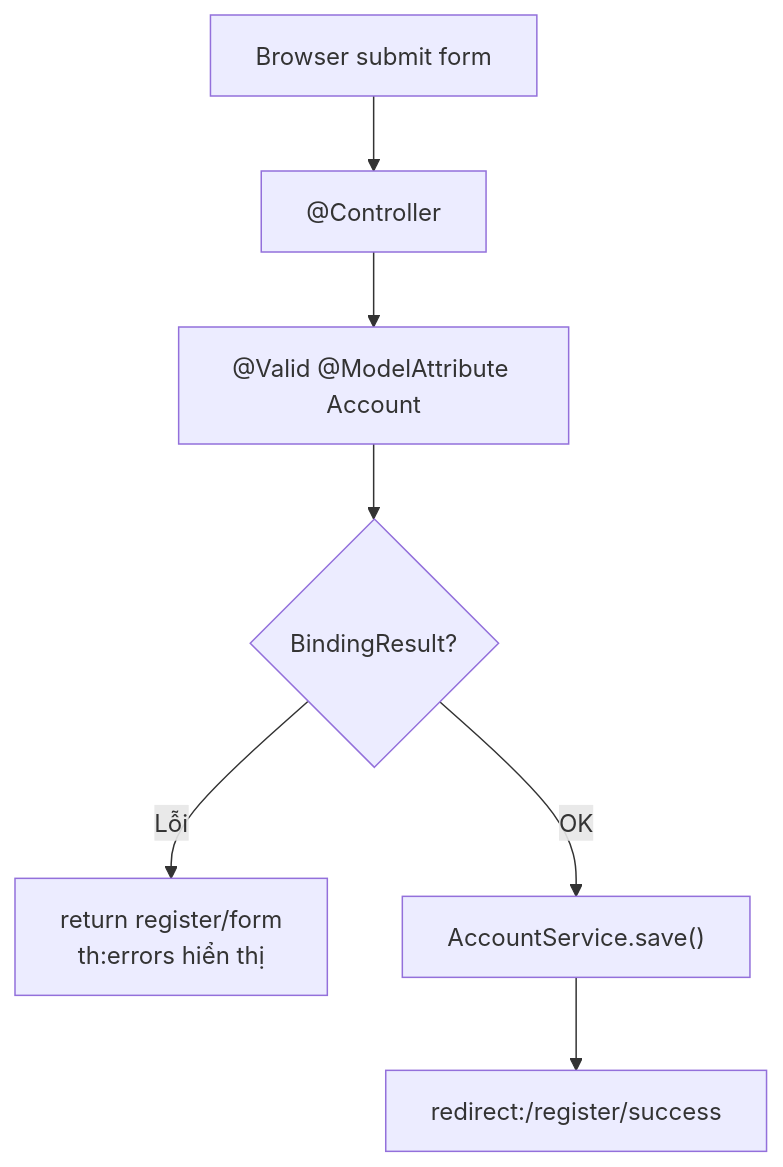
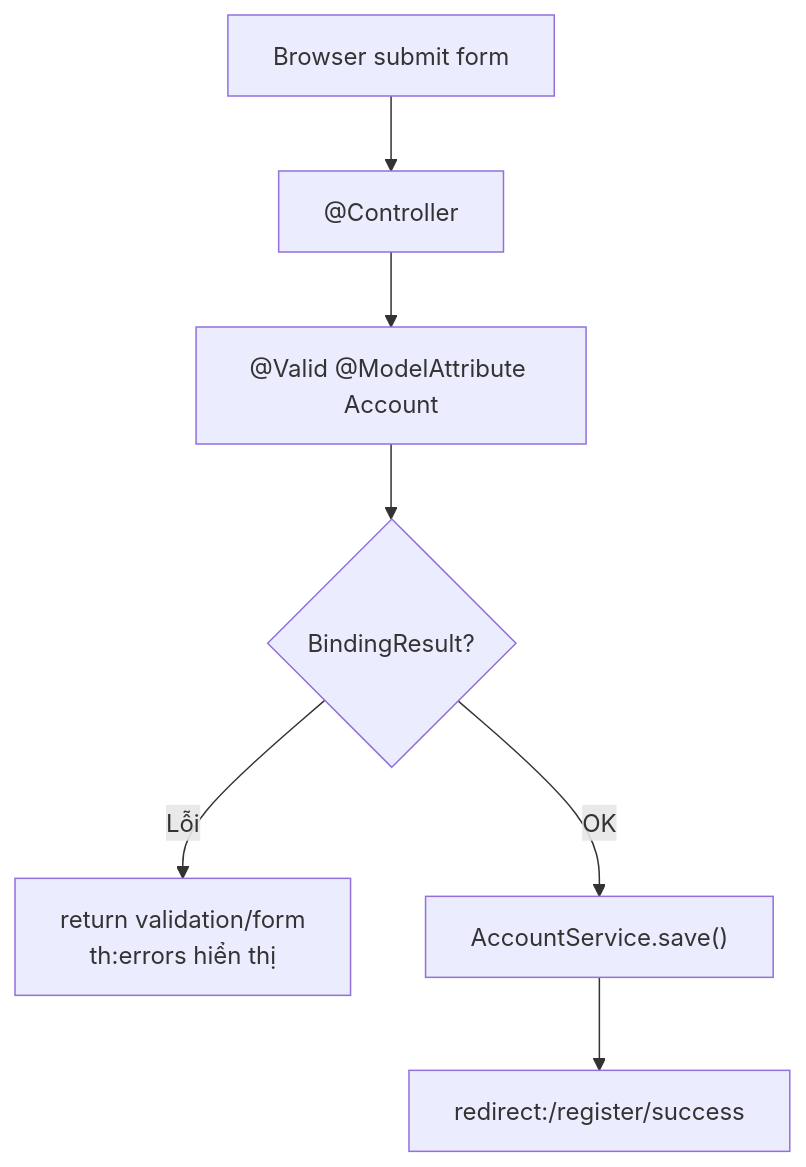
One commit to nguyenvudangkhoa189/t3h-ltv-java-module-2 changed the fifth of 5 diagrams in syllabus/module-2/java_m2_bai6_SpringMVC.md. Above: the diagram before and after it, drawn with Mermaid. The commit also changed other lines of this file and 43 other files, not shown here.

````diff
--- a/syllabus/module-2/java_m2_bai6_SpringMVC.md
+++ b/syllabus/module-2/java_m2_bai6_SpringMVC.md
@@ -913,9 +930,9 @@
 ```mermaid
 flowchart TD
     A["Browser submit form"] --> B["@Controller"]
     B --> C["@Valid @ModelAttribute Account"]
     C --> D{"BindingResult?"}
-    D -->|Lỗi| E["return register/form<br/>th:errors hiển thị"]
+    D -->|Lỗi| E["return validation/form<br/>th:errors hiển thị"]
     D -->|OK| F["AccountService.save()"]
     F --> G["redirect:/register/success"]
 ```
````
